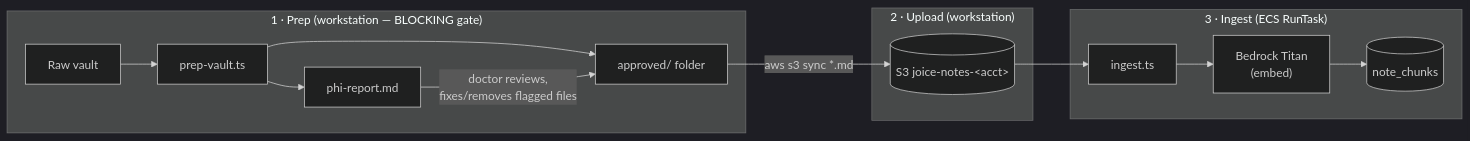
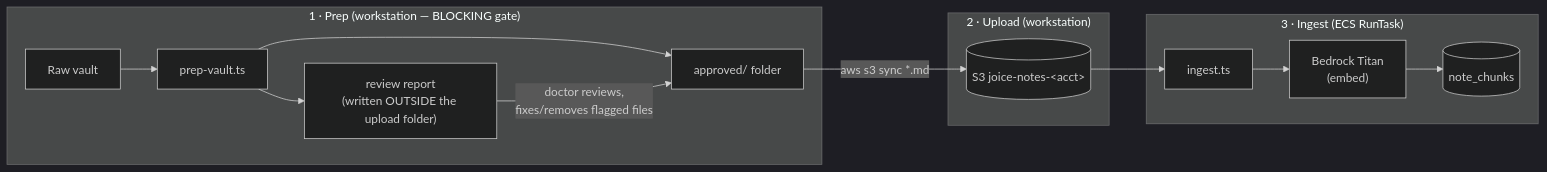
Before and after one commit to Joice-Health/Joice: the first of 2 diagrams in docs/rag/03-ingestion.md, drawn with Mermaid (dark theme). The commit also changed other lines of this file and 17 other files, not shown here.

````diff
--- a/docs/rag/03-ingestion.md
+++ b/docs/rag/03-ingestion.md
@@ -6,15 +6,15 @@
 ```mermaid
 flowchart LR
     subgraph Stage1["1 · Prep (workstation — BLOCKING gate)"]
         vault["Raw vault"] --> prep["prep-vault.ts"]
-        prep --> report["phi-report.md"]
+        prep --> report["review report<br/>(written OUTSIDE the upload folder)"]
         prep --> approved["approved/ folder"]
         report -->|"doctor reviews,<br/>fixes/removes flagged files"| approved
     end
     subgraph Stage2["2 · Upload (workstation)"]
         approved -->|"aws s3 sync *.md"| s3[("S3 joice-notes-&lt;acct&gt;")]
     end
     subgraph Stage3["3 · Ingest (ECS RunTask)"]
         s3 --> ingest["ingest.ts"] --> titan["Bedrock Titan<br/>(embed)"] --> rds[("note_chunks")]
     end
 ```
````
